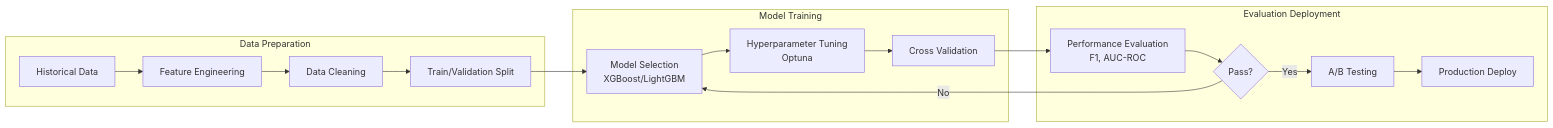
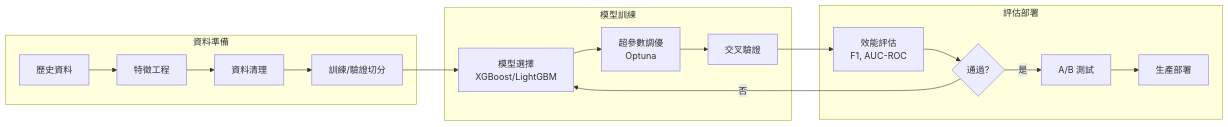
One commit to ron03wlb/smart-admin changed the second of 5 diagrams in docs/iGaming/architecture/05_Risk_Engine/Fraud_Detection_System.md. Above: the diagram before and after it, drawn with Mermaid. The commit also changed other lines of this file and 4 other files, not shown here.

````diff
--- a/docs/iGaming/architecture/05_Risk_Engine/Fraud_Detection_System.md
+++ b/docs/iGaming/architecture/05_Risk_Engine/Fraud_Detection_System.md
@@ -656,22 +656,22 @@
 ```mermaid
 flowchart LR
-    subgraph Data Preparation
-        A[Historical Data] --> B[Feature Engineering]
-        B --> C[Data Cleaning]
-        C --> D[Train/Validation Split]
+    subgraph 資料準備
+        A[歷史資料] --> B[特徵工程]
+        B --> C[資料清理]
+        C --> D[訓練/驗證切分]
     end
 
-    subgraph Model Training
-        D --> E[Model Selection<br/>XGBoost/LightGBM]
-        E --> F[Hyperparameter Tuning<br/>Optuna]
-        F --> G[Cross Validation]
+    subgraph 模型訓練
+        D --> E[模型選擇<br/>XGBoost/LightGBM]
+        E --> F[超參數調優<br/>Optuna]
+        F --> G[交叉驗證]
     end
 
-    subgraph Evaluation Deployment
-        G --> H[Performance Evaluation<br/>F1, AUC-ROC]
-        H --> I{Pass?}
-        I -->|Yes| J[A/B Testing]
-        I -->|No| E
-        J --> K[Production Deploy]
+    subgraph 評估部署
+        G --> H[效能評估<br/>F1, AUC-ROC]
+        H --> I{通過?}
+        I -->|是| J[A/B 測試]
+        I -->|否| E
+        J --> K[生產部署]
     end
 ```
````
